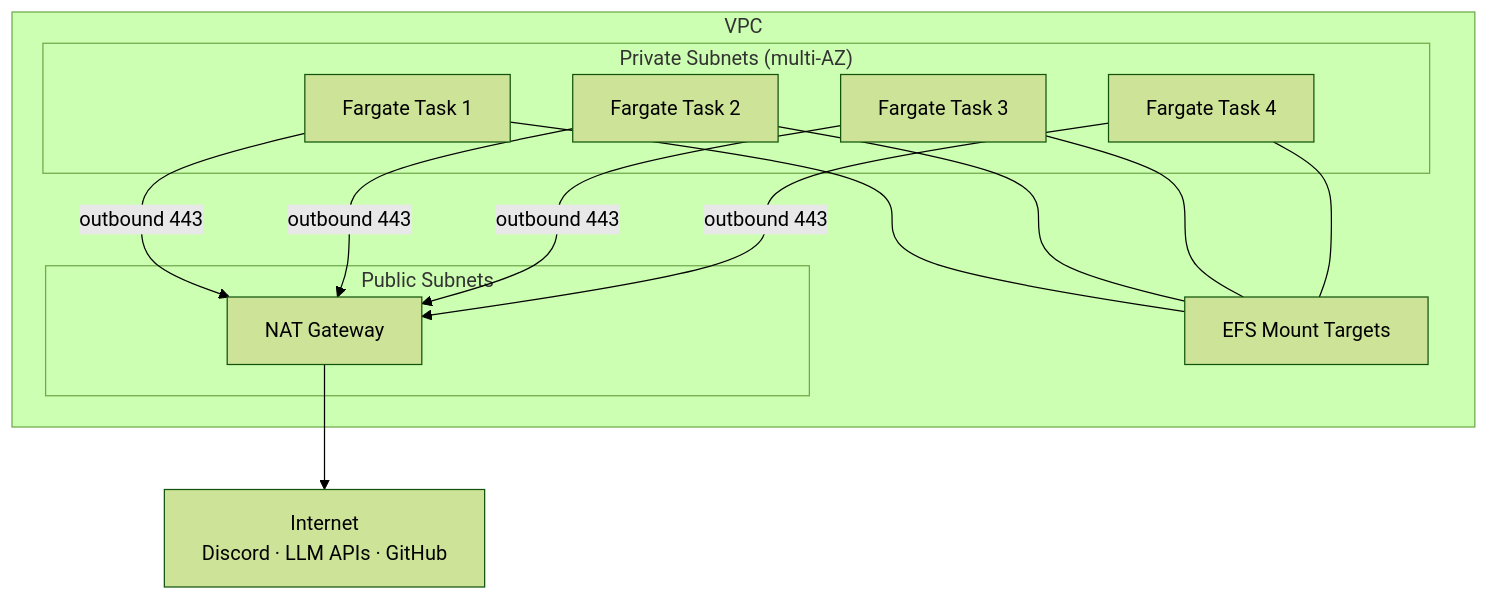
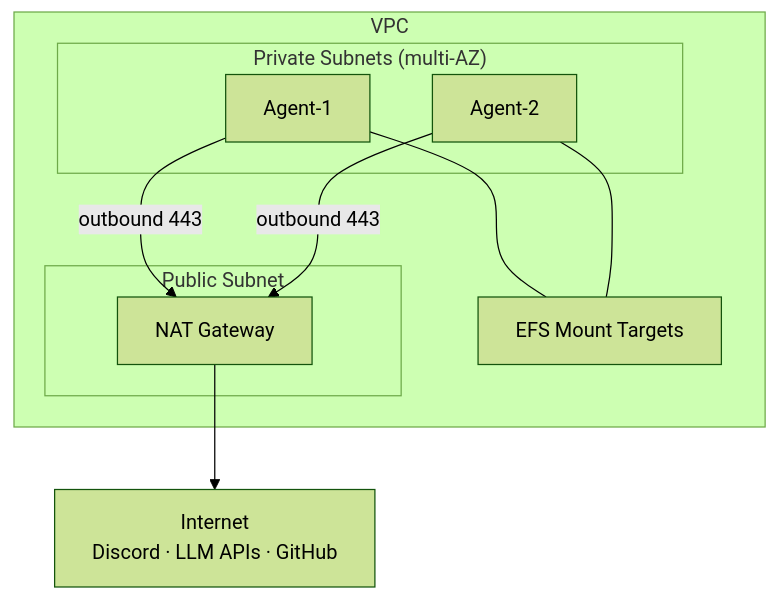
One commit to juntinyeh-worker/agent-outbound changed the fourth of 6 diagrams in openab-ecs-lambda-architecture.md. Above: the diagram before and after it, drawn with Mermaid (forest theme). The commit also changed other lines of this file, not shown here.

First line of the commit message:
task: simplify ECS+Lambda architecture to 2 agents

````diff
--- a/openab-ecs-lambda-architecture.md
+++ b/openab-ecs-lambda-architecture.md
@@ -159,19 +133,16 @@
 ```mermaid
 graph TB
     subgraph VPC["VPC"]
-        subgraph PUBLIC["Public Subnets"]
+        subgraph PUBLIC["Public Subnet"]
             NAT["NAT Gateway"]
         end
         subgraph PRIVATE["Private Subnets (multi-AZ)"]
-            TASK1["Fargate Task 1"]
-            TASK2["Fargate Task 2"]
-            TASK3["Fargate Task 3"]
-            TASK4["Fargate Task 4"]
+            TASK1["Agent-1"]
+            TASK2["Agent-2"]
         end
         EFS["EFS Mount Targets"]
     end
 
-    TASK1 & TASK2 & TASK3 & TASK4 -->|"outbound 443"| NAT
-    NAT --> INTERNET["Internet<br/>Discord · LLM APIs · GitHub"]
-    TASK1 & TASK2 & TASK3 & TASK4 --- EFS
+    TASK1 & TASK2 -->|"outbound 443"| NAT --> INTERNET["Internet<br/>Discord · LLM APIs · GitHub"]
+    TASK1 & TASK2 --- EFS
 ```
````
